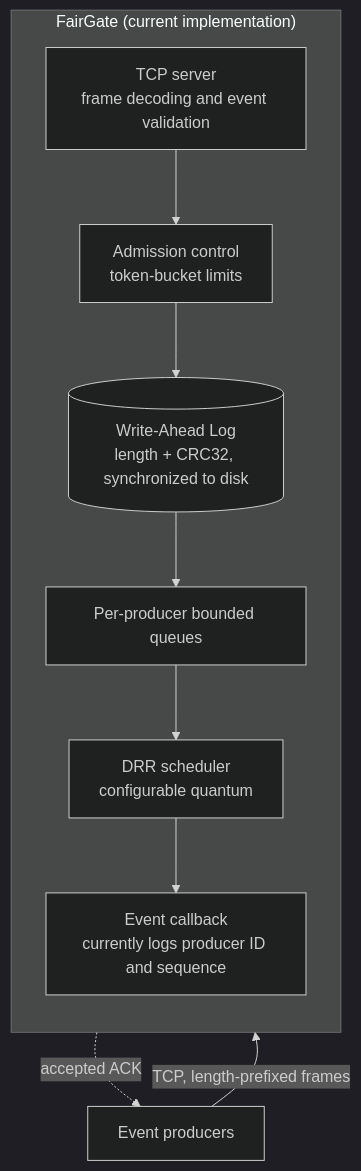
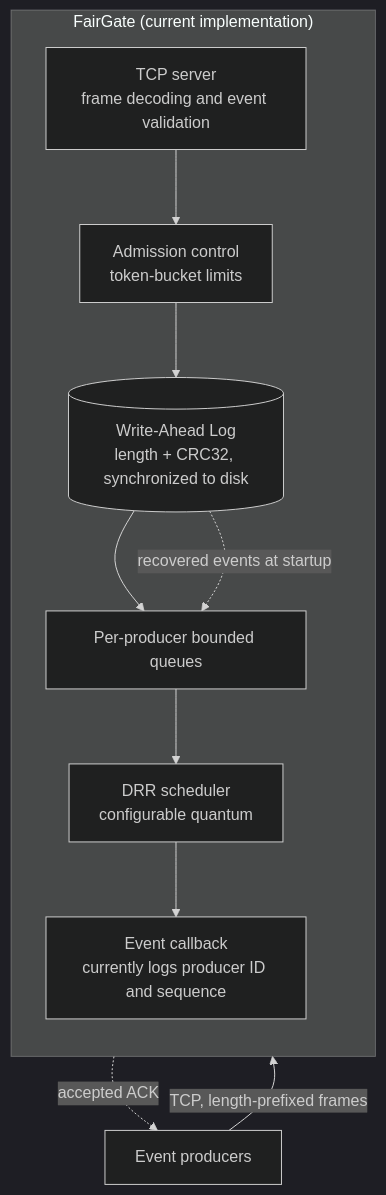
The first of 13 diagrams in README.md (PratyushVishal11011/Fairgate), drawn with Mermaid (dark theme) before and after one commit. The commit also changed other lines of this file and 2 other files, not shown here.

````diff
--- a/README.md
+++ b/README.md
@@ -77,22 +101,23 @@
 ```mermaid
 flowchart TD
     P["Event producers"] -->|"TCP, length-prefixed frames"| S
 
     subgraph GW["FairGate (current implementation)"]
         direction TB
         S["TCP server<br/>frame decoding and event validation"]
         A["Admission control<br/>token-bucket limits"]
         W[("Write-Ahead Log<br/>length + CRC32, synchronized to disk")]
         Q["Per-producer bounded queues"]
         D["DRR scheduler<br/>configurable quantum"]
         C["Event callback<br/>currently logs producer ID and sequence"]
 
         S --> A
         A --> W
         W --> Q
         Q --> D
         D --> C
+        W -.->|"recovered events at startup"| Q
     end
 
     Q -.->|"accepted ACK"| P
 ```
````
